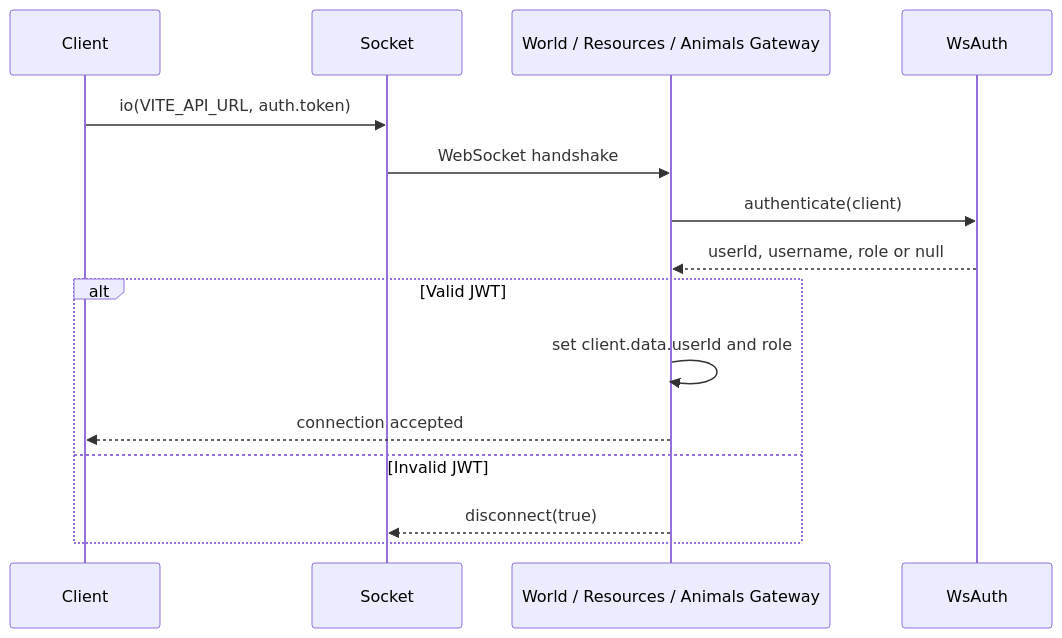
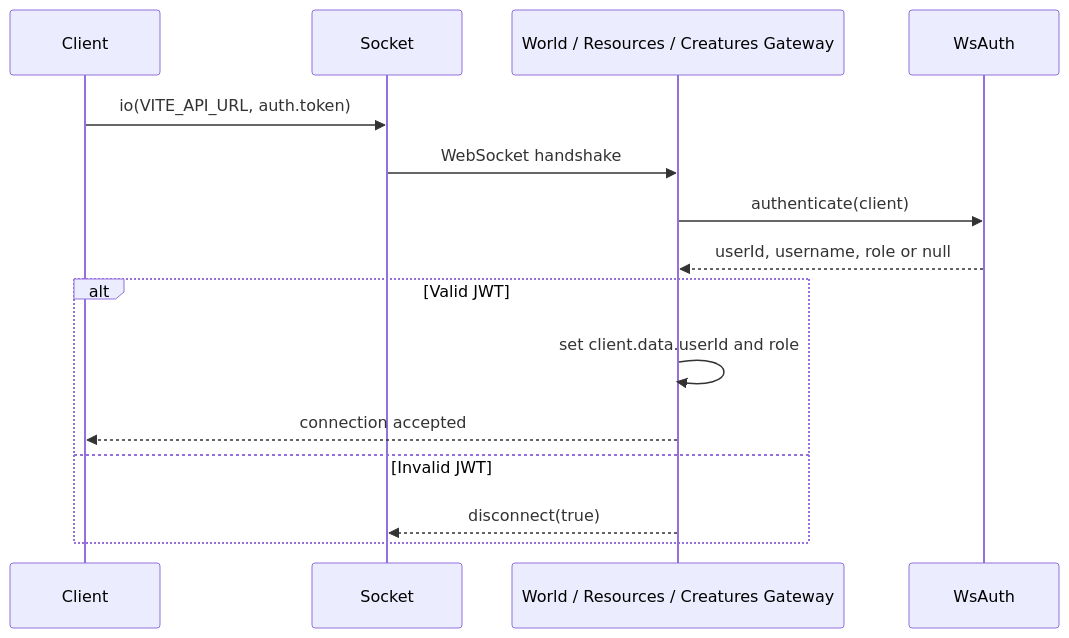
One commit to MihaiElectron/mmorpg-project changed the first of 2 diagrams in docs/01_Architecture/realtime-socketio.md. Above: the diagram before and after it, drawn with Mermaid. The commit also changed other lines of this file and 99 other files, not shown here.

````diff
--- a/docs/01_Architecture/realtime-socketio.md
+++ b/docs/01_Architecture/realtime-socketio.md
@@ -475,18 +475,18 @@
 ```mermaid
 sequenceDiagram
     participant Client
     participant Socket
-    participant AuthGateway as World / Resources / Animals Gateway
+    participant AuthGateway as World / Resources / Creatures Gateway
     participant WsAuth
 
     Client->>Socket: io(VITE_API_URL, auth.token)
     Socket->>AuthGateway: WebSocket handshake
     AuthGateway->>WsAuth: authenticate(client)
     WsAuth-->>AuthGateway: userId, username, role or null
     alt Valid JWT
         AuthGateway->>AuthGateway: set client.data.userId and role
         AuthGateway-->>Client: connection accepted
     else Invalid JWT
         AuthGateway-->>Socket: disconnect(true)
     end
 ```
````
